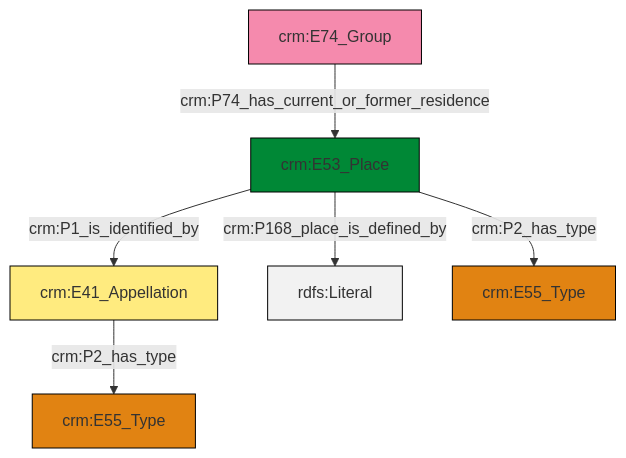
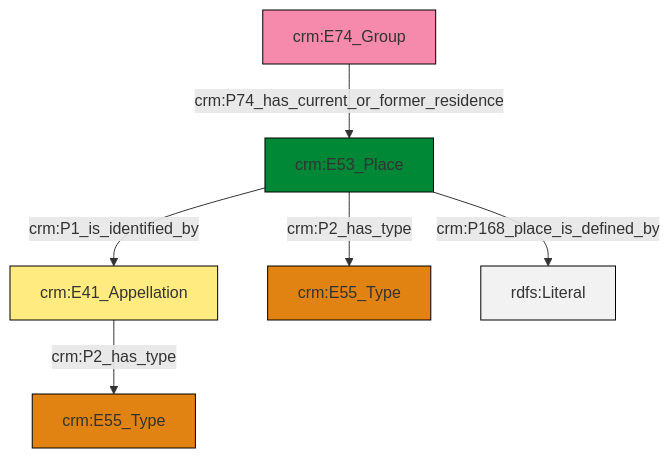
The diagram in et/groupCSV/ttl/mmd/group_location.ttl.mmd (swiss-art-research-net/docs.swissartresearch), drawn with Mermaid before and after one commit. The commit also changed 180 other files, not shown here.

```diff
--- a/et/groupCSV/ttl/mmd/group_location.ttl.mmd
+++ b/et/groupCSV/ttl/mmd/group_location.ttl.mmd
@@ -1,20 +1,20 @@
 graph TD
 classDef Literal fill:#f2f2f2,stroke:#000000;
 classDef CRM_Entity fill:#FFFFFF,stroke:#000000;
 classDef Temporal_Entity fill:#00C9E6, stroke:#000000;
 classDef Type fill:#E18312, stroke:#000000;
 classDef Time-Span fill:#2C9C91, stroke:#000000;
 classDef Appellation fill:#FFEB7F, stroke:#000000;
 classDef Place fill:#008836, stroke:#000000;
 classDef Persistent_Item fill:#B266B2, stroke:#000000;
 classDef Conceptual_Object fill:#FFD700, stroke:#000000;
 classDef Physical_Thing fill:#D2B48C, stroke:#000000;
 classDef Actor fill:#f58aad, stroke:#000000;
 classDef PC_Classes fill:#4ce600, stroke:#000000;
 classDef Multi fill:#cccccc,stroke:#000000;
 
-0["crm:E74_Group"]:::Actor -->|crm:P74_has_current_or_former_residence| 1["crm:E53_Place"]:::Place
-1["crm:E53_Place"]:::Place -->|crm:P1_is_identified_by| 4["crm:E41_Appellation"]:::Appellation
-1["crm:E53_Place"]:::Place -->|crm:P168_place_is_defined_by| 8[rdfs:Literal]:::Literal
-1["crm:E53_Place"]:::Place -->|crm:P2_has_type| 9["crm:E55_Type"]:::Type
-4["crm:E41_Appellation"]:::Appellation -->|crm:P2_has_type| 2["crm:E55_Type"]:::Type
+0["crm:E41_Appellation"]:::Appellation -->|crm:P2_has_type| 2["crm:E55_Type"]:::Type
+3["crm:E53_Place"]:::Place -->|crm:P2_has_type| 4["crm:E55_Type"]:::Type
+3["crm:E53_Place"]:::Place -->|crm:P168_place_is_defined_by| 5[rdfs:Literal]:::Literal
+7["crm:E74_Group"]:::Actor -->|crm:P74_has_current_or_former_residence| 3["crm:E53_Place"]:::Place
+3["crm:E53_Place"]:::Place -->|crm:P1_is_identified_by| 0["crm:E41_Appellation"]:::Appellation
```
